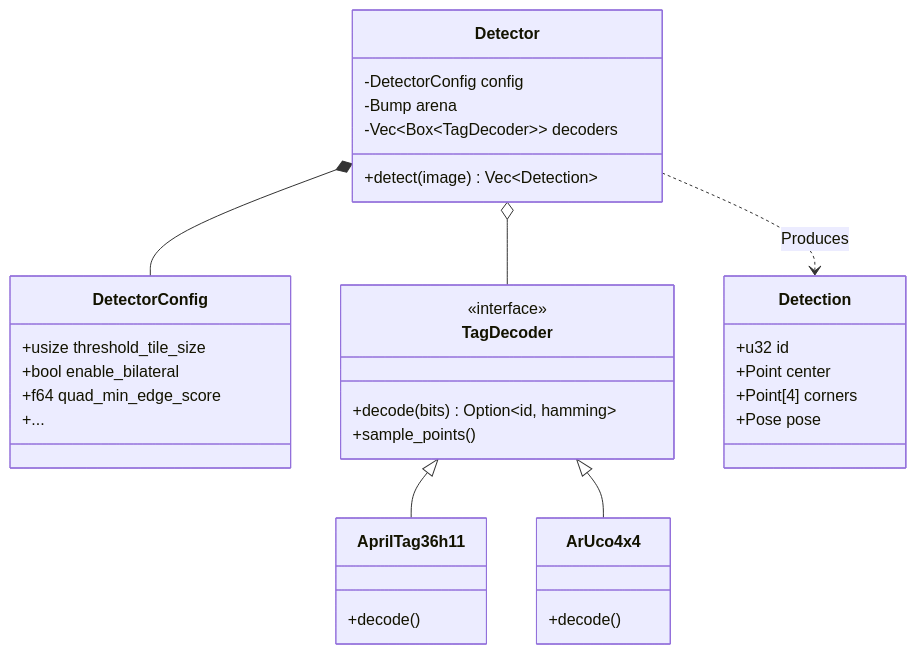
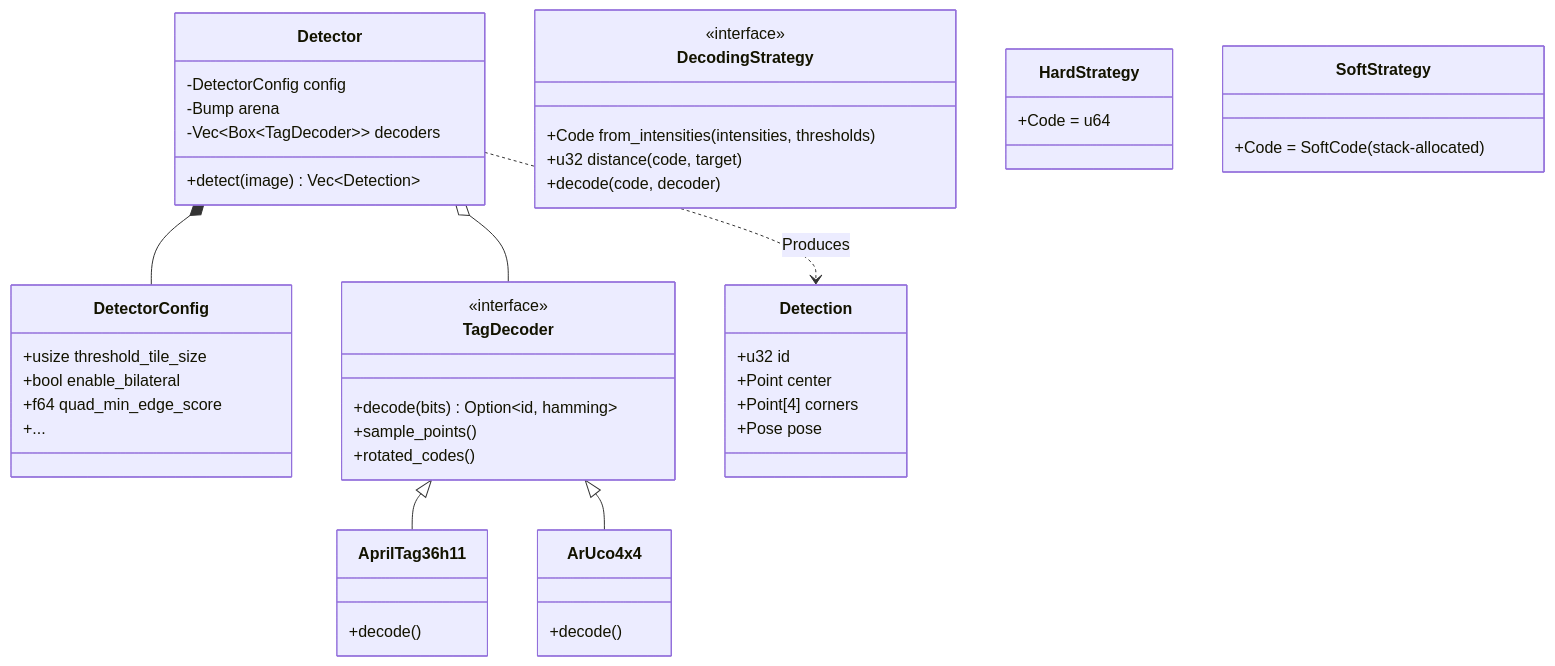
The third of 6 diagrams in docs/architecture.md (NoeFontana/locus-tag), drawn with Mermaid before and after one commit. The commit also changed other lines of this file and 16 other files, not shown here.

Commit message:
feat: Introduce configurable hard and soft decoding strategies for improved tag detection and refactor the core decoding logic.

````diff
--- a/docs/architecture.md
+++ b/docs/architecture.md
@@ -77,43 +78,59 @@
 ```mermaid
 classDiagram
     class Detector {
         -DetectorConfig config
         -Bump arena
         -Vec~Box~TagDecoder~~ decoders
         +detect(image) Vec~Detection~
     }
     
     class DetectorConfig {
         +usize threshold_tile_size
         +bool enable_bilateral
         +f64 quad_min_edge_score
         +...
     }
     
     class TagDecoder {
         <<interface>>
         +decode(bits) Option~id, hamming~
         +sample_points()
+        +rotated_codes()
+    }
+
+    class DecodingStrategy {
+        <<interface>>
+        +Code from_intensities(intensities, thresholds)
+        +u32 distance(code, target)
+        +decode(code, decoder)
+    }
+
+    class HardStrategy {
+        +Code = u64
+    }
+
+    class SoftStrategy {
+        +Code = SoftCode (stack-allocated)
     }
     
     class AprilTag36h11 {
         +decode()
     }
     
     class ArUco4x4 {
         +decode()
     }
     
     class Detection {
         +u32 id
         +Point center
         +Point[4] corners
         +Pose pose
     }
 
     Detector *-- DetectorConfig
     Detector o-- TagDecoder
     TagDecoder <|-- AprilTag36h11
     TagDecoder <|-- ArUco4x4
     Detector ..> Detection : Produces
 ```
````
